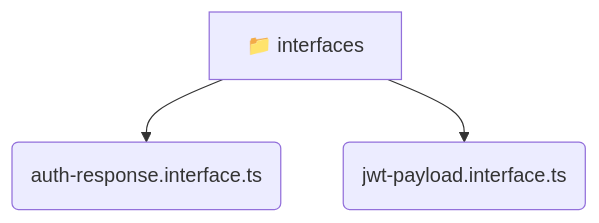
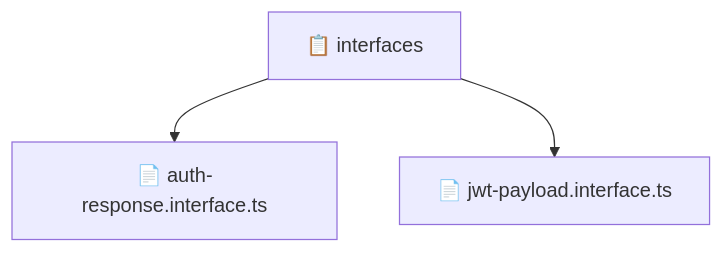
One commit to beginwebdev2002/fullstack-mavluda changed the diagram in backend/src/modules/auth/interfaces/README.md. Above: the diagram before and after it, drawn with Mermaid. The commit also changed other lines of this file and 163 other files, not shown here.

````diff
--- a/backend/src/modules/auth/interfaces/README.md
+++ b/backend/src/modules/auth/interfaces/README.md
@@ -9,6 +10,6 @@
 ```mermaid
 graph TD
-  interfaces[📁 interfaces]
-  interfaces --> interfaces_auth_response_interface_ts(auth-response.interface.ts)
-  interfaces --> interfaces_jwt_payload_interface_ts(jwt-payload.interface.ts)
+  Root["📋 interfaces"]
+  Root --> authresponseinterfacets["📄 auth-response.interface.ts"]
+  Root --> jwtpayloadinterfacets["📄 jwt-payload.interface.ts"]
 ```
````
